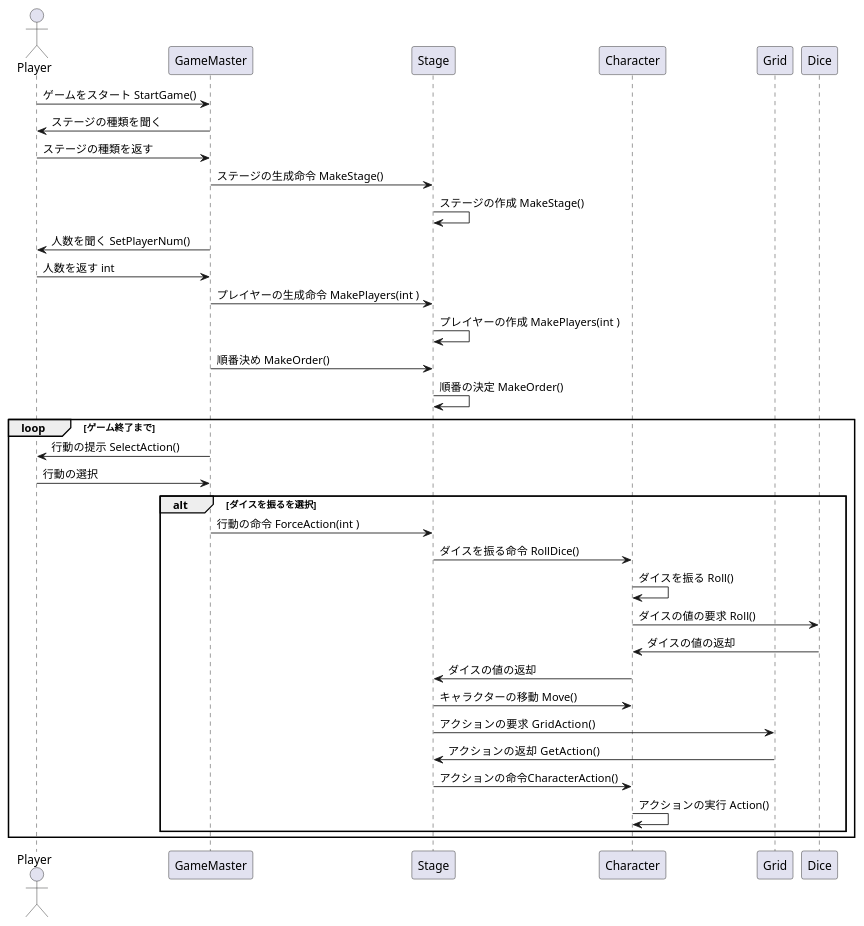
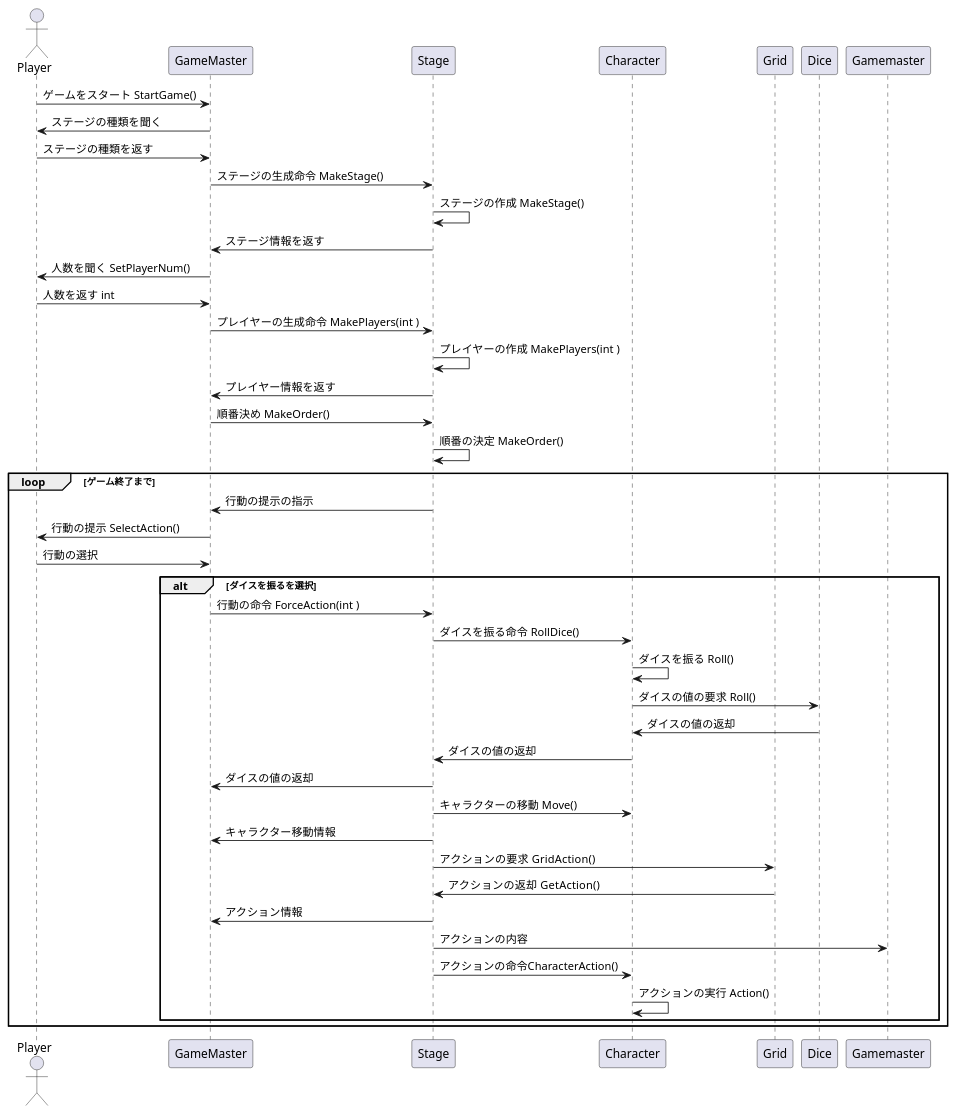
One commit to Hikaru-Tokuzato/-project changed the diagram in すごろくproject/Assets/sugoroku.puml. Above: the diagram before and after it, drawn with PlantUML. The commit also changed 4 other files, not shown here.

```diff
--- a/すごろくproject/Assets/sugoroku.puml
+++ b/すごろくproject/Assets/sugoroku.puml
@@ -1,37 +1,44 @@
 @startuml
 actor Player
 participant GameMaster
 participant Stage
 participant Character
 participant Grid
 participant Dice
 
 Player -> GameMaster : ゲームをスタート StartGame()
 GameMaster -> Player: ステージの種類を聞く
 Player -> GameMaster: ステージの種類を返す
 GameMaster -> Stage : ステージの生成命令 MakeStage()
 Stage -> Stage : ステージの作成 MakeStage()
+Stage -> GameMaster : ステージ情報を返す
 GameMaster -> Player : 人数を聞く SetPlayerNum()
 Player -> GameMaster : 人数を返す int
 GameMaster -> Stage : プレイヤーの生成命令 MakePlayers(int )
 Stage -> Stage : プレイヤーの作成 MakePlayers(int )
+Stage -> GameMaster : プレイヤー情報を返す
 GameMaster -> Stage : 順番決め MakeOrder()
 Stage -> Stage : 順番の決定 MakeOrder()
 loop ゲーム終了まで
+    GameMaster <- Stage : 行動の提示の指示 
     GameMaster -> Player : 行動の提示 SelectAction()
     Player -> GameMaster : 行動の選択
     alt ダイスを振るを選択
         GameMaster -> Stage : 行動の命令 ForceAction(int ) 
         Stage -> Character : ダイスを振る命令 RollDice()
         Character -> Character : ダイスを振る Roll()
         Character -> Dice : ダイスの値の要求 Roll()
         Dice -> Character : ダイスの値の返却
         Character -> Stage : ダイスの値の返却
+        Stage -> GameMaster : ダイスの値の返却
         Stage -> Character : キャラクターの移動 Move()
+        Stage -> GameMaster : キャラクター移動情報
         Stage -> Grid : アクションの要求  GridAction()
         Grid -> Stage : アクションの返却  GetAction()
+        Stage -> GameMaster : アクション情報
+        Stage -> Gamemaster : アクションの内容
         Stage -> Character : アクションの命令CharacterAction()
         Character -> Character : アクションの実行 Action()
     end
 end
 @enduml
```
